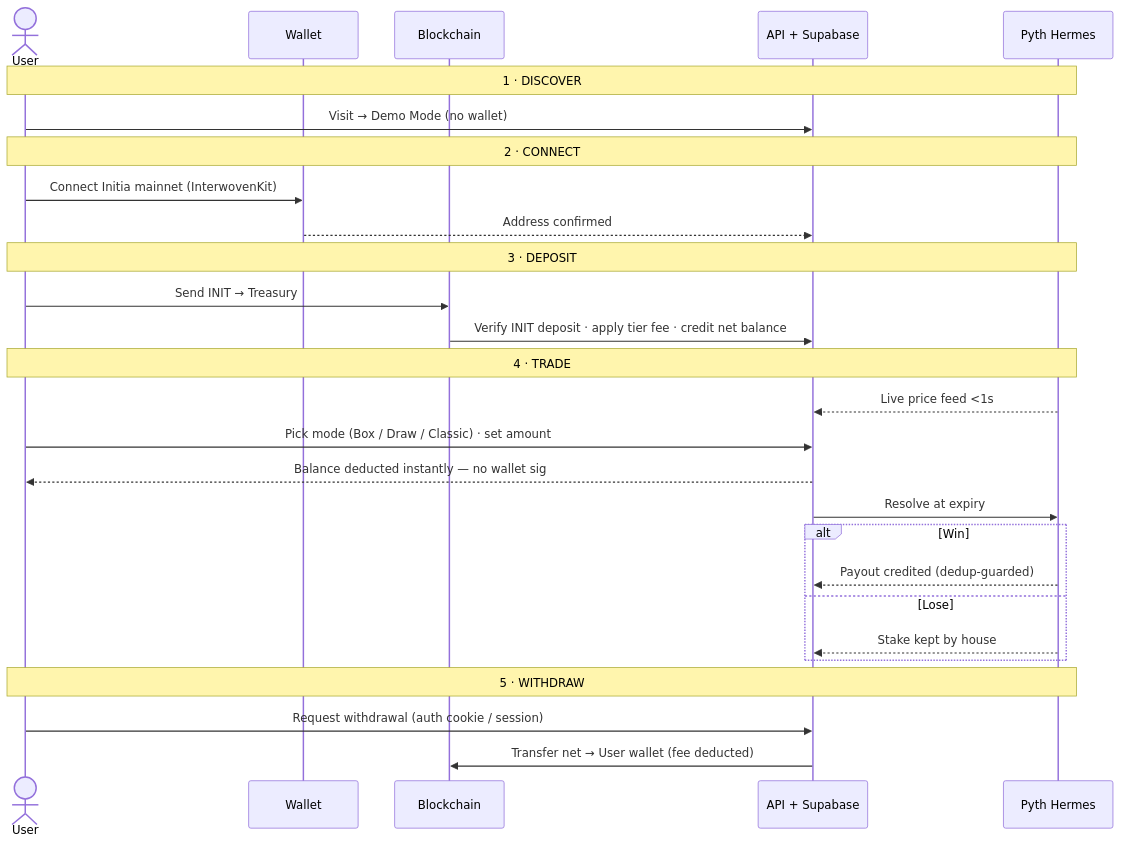
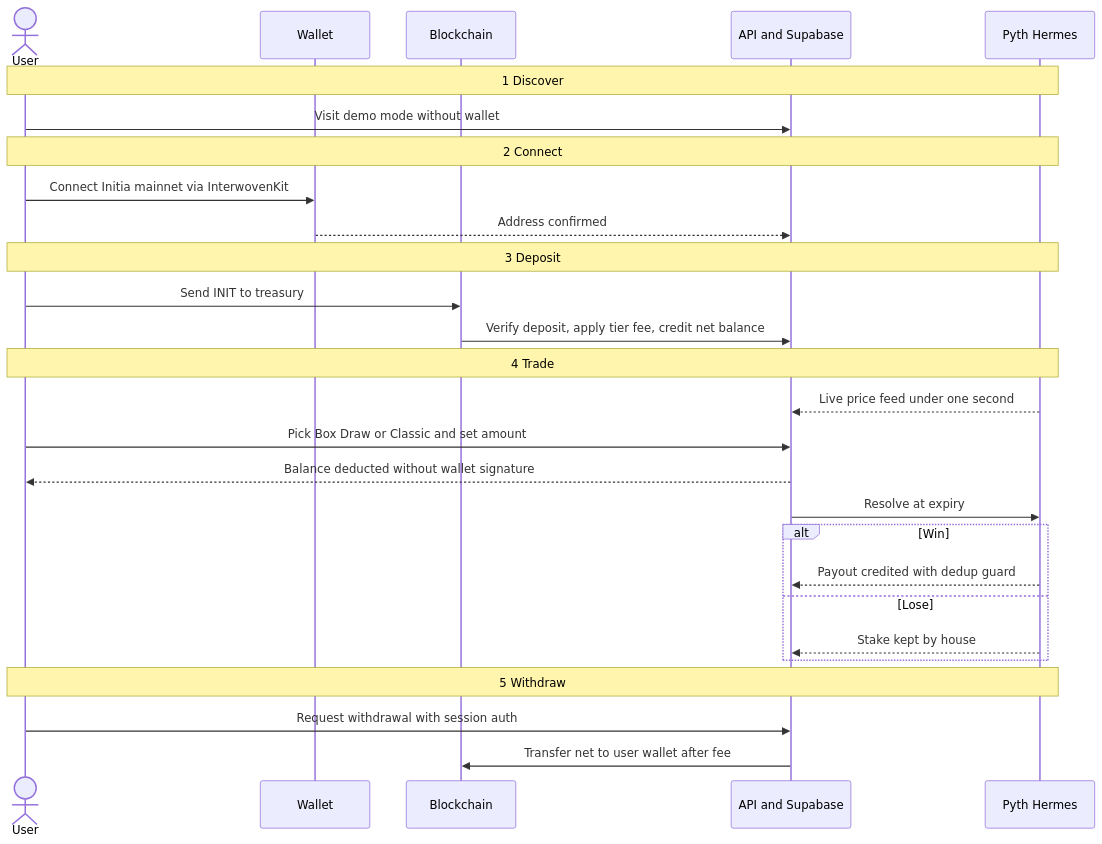
The fourth of 4 diagrams in README.md (0xamaan-dev/Initnomo), drawn with Mermaid before and after one commit. The commit also changed other lines of this file, not shown here.

Commit message:
mermaid arch issue resolved

````diff
--- a/README.md
+++ b/README.md
@@ -808,34 +808,34 @@
 ```mermaid
 sequenceDiagram
     actor User
     participant Wallet as Wallet
     participant Chain as Blockchain
-    participant API as API + Supabase
+    participant API as API and Supabase
     participant Pyth as Pyth Hermes
 
-    Note over User,Pyth: 1 · DISCOVER
-    User->>API: Visit → Demo Mode (no wallet)
+    Note over User,Pyth: 1 Discover
+    User->>API: Visit demo mode without wallet
 
-    Note over User,Pyth: 2 · CONNECT
-    User->>Wallet: Connect Initia mainnet (InterwovenKit)
+    Note over User,Pyth: 2 Connect
+    User->>Wallet: Connect Initia mainnet via InterwovenKit
     Wallet-->>API: Address confirmed
 
-    Note over User,Pyth: 3 · DEPOSIT
-    User->>Chain: Send INIT → Treasury
-    Chain->>API: Verify INIT deposit · apply tier fee · credit net balance
+    Note over User,Pyth: 3 Deposit
+    User->>Chain: Send INIT to treasury
+    Chain->>API: Verify deposit, apply tier fee, credit net balance
 
-    Note over User,Pyth: 4 · TRADE
-    Pyth-->>API: Live price feed <1s
-    User->>API: Pick mode (Box / Draw / Classic) · set amount
-    API-->>User: Balance deducted instantly — no wallet sig
+    Note over User,Pyth: 4 Trade
+    Pyth-->>API: Live price feed under one second
+    User->>API: Pick Box Draw or Classic and set amount
+    API-->>User: Balance deducted without wallet signature
     API->>Pyth: Resolve at expiry
     alt Win
-        Pyth-->>API: Payout credited (dedup-guarded)
+        Pyth-->>API: Payout credited with dedup guard
     else Lose
         Pyth-->>API: Stake kept by house
     end
 
-    Note over User,Pyth: 5 · WITHDRAW
-    User->>API: Request withdrawal (auth cookie / session)
-    API->>Chain: Transfer net → User wallet (fee deducted)
+    Note over User,Pyth: 5 Withdraw
+    User->>API: Request withdrawal with session auth
+    API->>Chain: Transfer net to user wallet after fee
 ```
````
